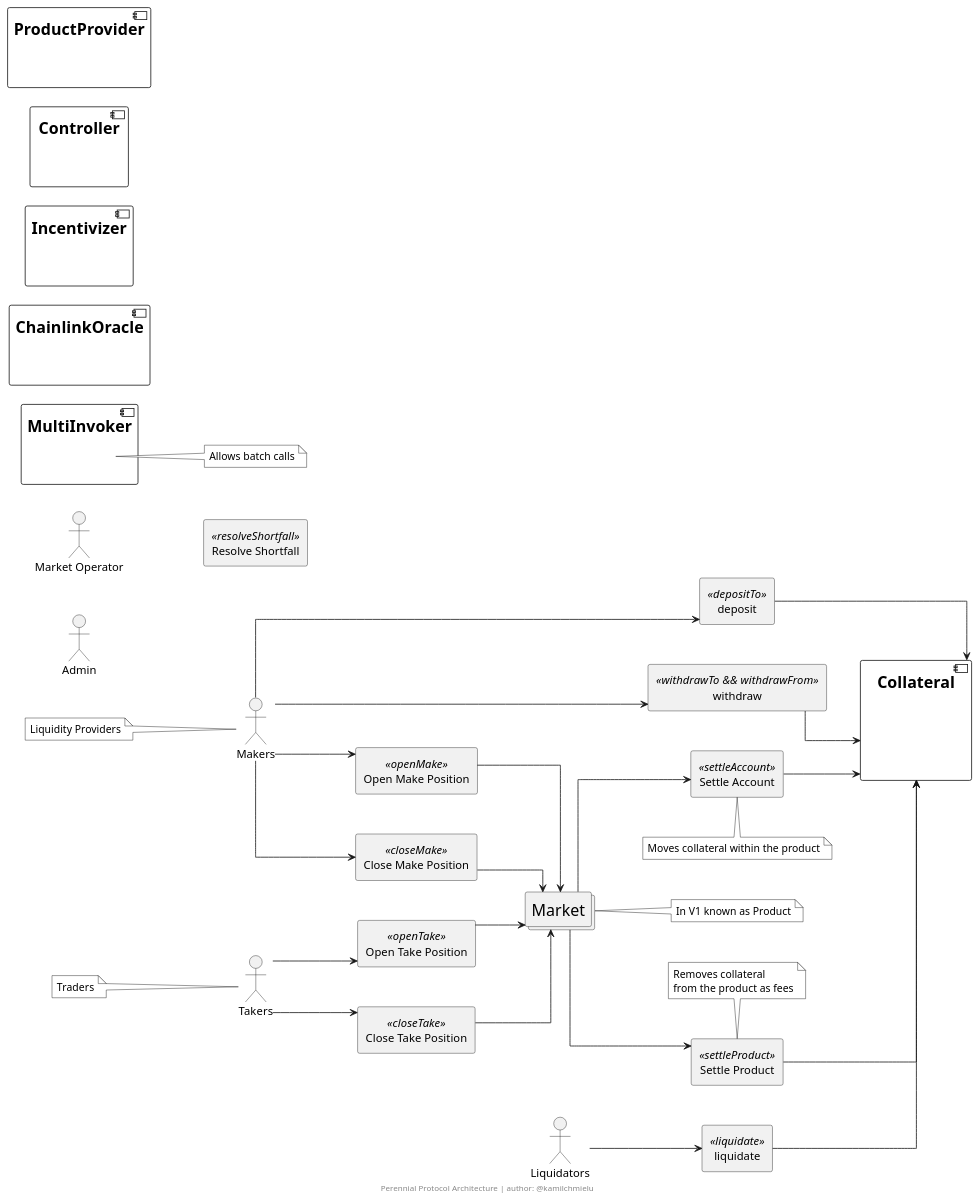
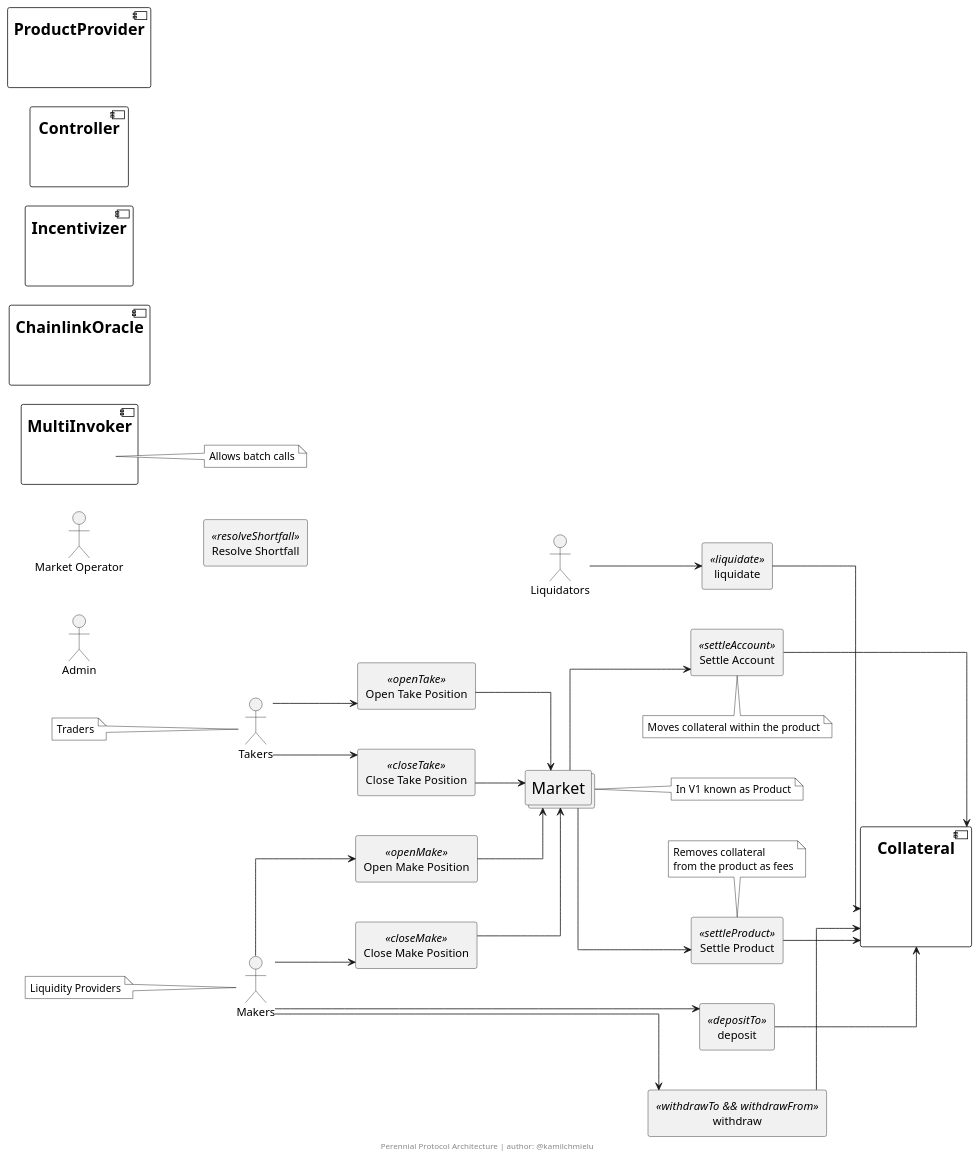
The diagram in diagrams/PerennialArchitecture.puml (ChmielewskiKamil/perennial-notes), drawn with PlantUML before and after one commit. The commit also changed other lines of this file, not shown here.

Commit message:
♻️ Organize contract functions

```diff
--- a/diagrams/PerennialArchitecture.puml
+++ b/diagrams/PerennialArchitecture.puml
@@ -1,124 +1,120 @@
 @startuml PerennialArchitecture
 
 left to right direction
 
 skinparam linetype ortho
 skinparam nodesep 50
 skinparam ranksep 60
 
 skinparam note {
     BorderColor black
     BackgroundColor white
     FontColor black
 }
 skinparam component {
     FontSize 20
 }
 
 skinparam collections {
     FontSize 20
 }
 
 'Invisible Placeholder'
 skinparam artifact {
     BorderColor invisible
     BackgroundColor transparent
     FontSize 10
     FontColor transparent
 }
 
 /' Actors '/
 actor Liquidators
 actor Makers
 note left: Liquidity Providers
 actor Takers
 note left: Traders
 actor "Market Operator" as MarketOperator
 actor Admin
 
-/' System Components '/
+/' //////////////////////////////////////////////////////////////////
+//                           Core Contracts                        //
+////////////////////////////////////////////////////////////////// '/
+
 collections Market
 note right: In V1 known as Product
 
 component Collateral {
     artifact Placeholder1
 }
 
 component MultiInvoker {
     artifact Placeholder2
 }
 note right: Allows batch calls
 
 component ChainlinkOracle {
     artifact Placeholder3
 }
 
 component Incentivizer {
     artifact Placeholder4
 }
 
 component Controller {
     artifact Placeholder5
 }
 
 component ProductProvider {
     artifact Placeholder6
 }
 
 /' //////////////////////////////////////////////////////////////////
 //                       Contract Functions                        //
 ////////////////////////////////////////////////////////////////// '/
 
-/'Collateral contract functions'/
+/'Collateral'/
 rectangle deposit <<depositTo>>
 rectangle withdraw <<withdrawTo && withdrawFrom>>
+rectangle liquidate <<liquidate>>
+rectangle "Settle Account" as settleAccount <<settleAccount>>
+note bottom of settleAccount: Moves collateral within the product 
+rectangle "Settle Product" as settleProduct <<settleProduct>>
+note top: Removes collateral\nfrom the product as fees
+rectangle "Resolve Shortfall" as resolveShortfall <<resolveShortfall>>
+
+/'Market'/
+rectangle "Open Take Position" as openTake <<openTake>>
+rectangle "Close Take Position" as closeTake <<closeTake>>
 rectangle "Open Make Position" as openMake <<openMake>>
 rectangle "Close Make Position" as closeMake <<closeMake>>
-
-/'Functions called by Takers'/
-rectangle "Open Take Position" as openTake <<openTake>>
-rectangle "Close Take Position" as closeTake <<closeTake>>
-
-/'Functions called by Liquidators'/
-rectangle liquidate <<liquidate>>
-
-/'Functions called by the Market'/
-rectangle "Settle Account" as settleAccount <<settleAccount>>
-note bottom: Moves collateral within the product 
-rectangle "Settle Product" as settleProduct <<settleProduct>>
-note top: Removes collateral\nfrom the product as fees
-
-/'Functions called by the Market Owners'/
-rectangle "Resolve Shortfall" as resolveShortfall <<resolveShortfall>>
 
 /' //////////////////////////////////////////////////////////////////
 //                           Connections                           //
 ////////////////////////////////////////////////////////////////// '/
 
 'Connections to Collateral contract (Collateral contract functions)'
 deposit --> Collateral
 withdraw --> Collateral
 liquidate --> Collateral
 settleAccount --> Collateral
 settleProduct --> Collateral
 'Calls to Collateral contract functions'
 Makers --> deposit
 Makers --> withdraw
 Liquidators --> liquidate
 Market --> settleAccount 
 Market --> settleProduct 
 
 'Connections to Market contract (Market functions)'
 openMake --> Market
 closeMake --> Market
 openTake --> Market
 closeTake --> Market
 'Calls to Market contract functions'
 Makers --> openMake 
 Makers --> closeMake 
 Takers --> openTake
 Takers --> closeTake
 
-
 footer Perennial Protocol Architecture | author: @kamilchmielu
 @enduml
```
